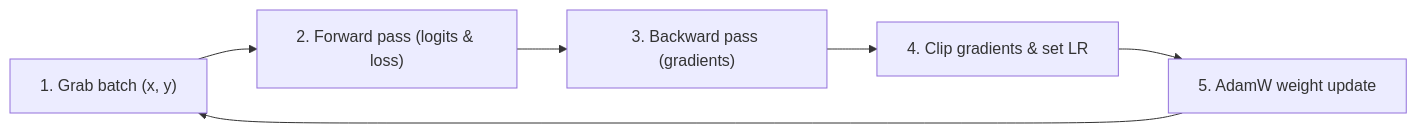
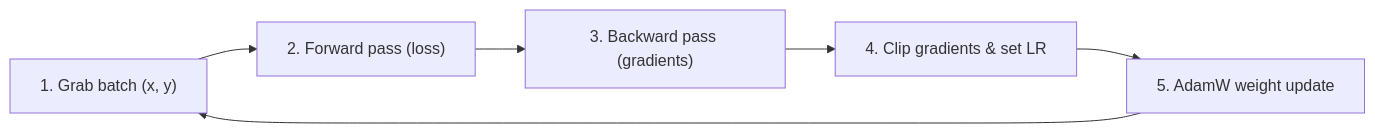
Before and after one commit to NewGuy012/chat-shakespeare: the third of 3 diagrams in docs/concepts.md, drawn with Mermaid. The commit also changed other lines of this file, not shown here.

````diff
--- a/docs/concepts.md
+++ b/docs/concepts.md
@@ -311,8 +311,8 @@
 ```mermaid
 flowchart LR
-    A["1. Grab batch (x, y)"] --> B["2. Forward pass (logits & loss)"]
+    A["1. Grab batch (x, y)"] --> B["2. Forward pass (loss)"]
     B --> C["3. Backward pass (gradients)"]
     C --> D["4. Clip gradients & set LR"]
     D --> E["5. AdamW weight update"]
     E --> A
 ```
````
